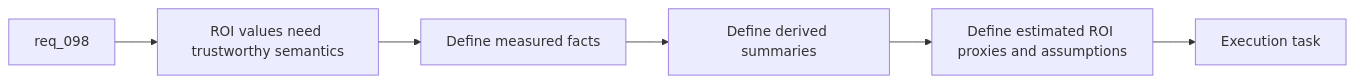
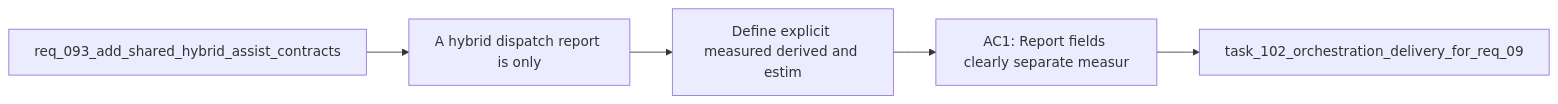
Before and after one commit to AlexAgo83/logics-manager: the diagram in logics/backlog/item_165_define_explicit_measured_derived_and_estimated_roi_semantics_for_hybrid_assist_reports.md, drawn with Mermaid. The commit also changed 481 other files, not shown here.

````diff
--- a/logics/backlog/item_165_define_explicit_measured_derived_and_estimated_roi_semantics_for_hybrid_assist_reports.md
+++ b/logics/backlog/item_165_define_explicit_measured_derived_and_estimated_roi_semantics_for_hybrid_assist_reports.md
@@ -28,10 +28,9 @@
 ```mermaid
 %% logics-kind: backlog
 %% logics-signature: backlog|define-explicit-measured-derived-and-est|req-093-add-shared-hybrid-assist-contrac|a-hybrid-dispatch-report-is-only|ac1-report-fields-clearly-separate-measu
 flowchart LR
-    Request[req_098] --> Problem[ROI values need trustworthy semantics]
-    Problem --> Measured[Define measured facts]
-    Measured --> Derived[Define derived summaries]
-    Derived --> Estimated[Define estimated ROI proxies and assumptions]
-    Estimated --> Done[Execution task]
+    Request[req_093_add_shared_hybrid_assist_contracts] --> Problem[A hybrid dispatch report is only]
+    Problem --> Scope[Define explicit measured derived and estim]
+    Scope --> Acceptance[AC1: Report fields clearly separate measur]
+    Acceptance --> Tasks[task_102_orchestration_delivery_for_req_09]
 ```
````
